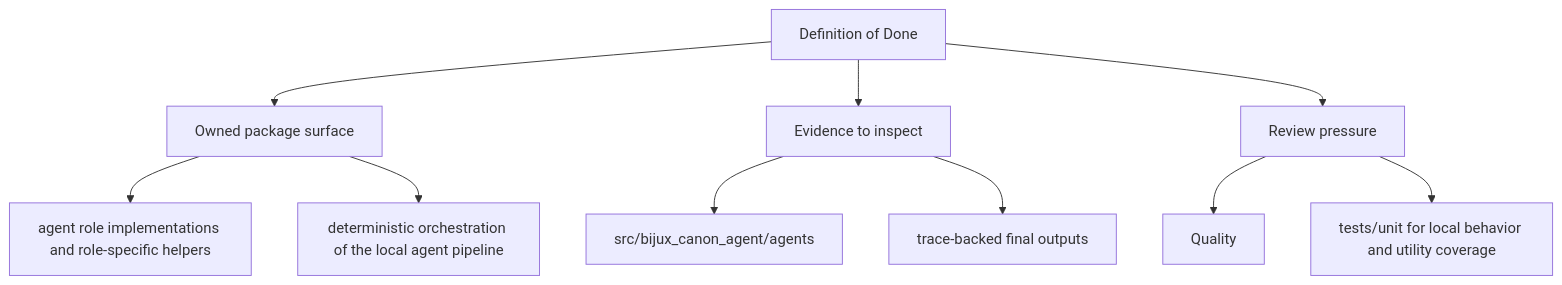
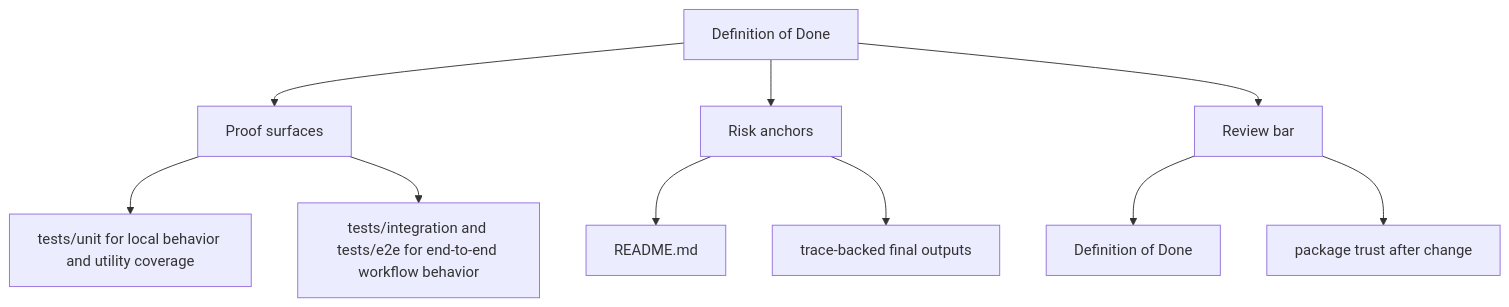
One commit to bijux/bijux-canon changed the second of 2 diagrams in docs/bijux-canon-agent/quality/definition-of-done.md. Above: the diagram before and after it, drawn with Mermaid. The commit also changed other lines of this file and 250 other files, not shown here.

Commit message:
docs(diagrams): make product page maps more readable

````diff
--- a/docs/bijux-canon-agent/quality/definition-of-done.md
+++ b/docs/bijux-canon-agent/quality/definition-of-done.md
@@ -34,22 +34,22 @@
 ```mermaid
 flowchart TD
     page["Definition of Done"]
-    focus1["Owned package surface"]
+    focus1["Proof surfaces"]
     page --> focus1
-    focus1_1["agent role implementations and role-specific helpers"]
+    focus1_1["tests/unit for local behavior and utility coverage"]
     focus1 --> focus1_1
-    focus1_2["deterministic orchestration of the local agent pipeline"]
+    focus1_2["tests/integration and tests/e2e for end-to-end workflow behavior"]
     focus1 --> focus1_2
-    focus2["Evidence to inspect"]
+    focus2["Risk anchors"]
     page --> focus2
-    focus2_1["src/bijux_canon_agent/agents"]
+    focus2_1["README.md"]
     focus2 --> focus2_1
     focus2_2["trace-backed final outputs"]
     focus2 --> focus2_2
-    focus3["Review pressure"]
+    focus3["Review bar"]
     page --> focus3
-    focus3_1["Quality"]
+    focus3_1["Definition of Done"]
     focus3 --> focus3_1
-    focus3_2["tests/unit for local behavior and utility coverage"]
+    focus3_2["package trust after change"]
     focus3 --> focus3_2
 ```
````
